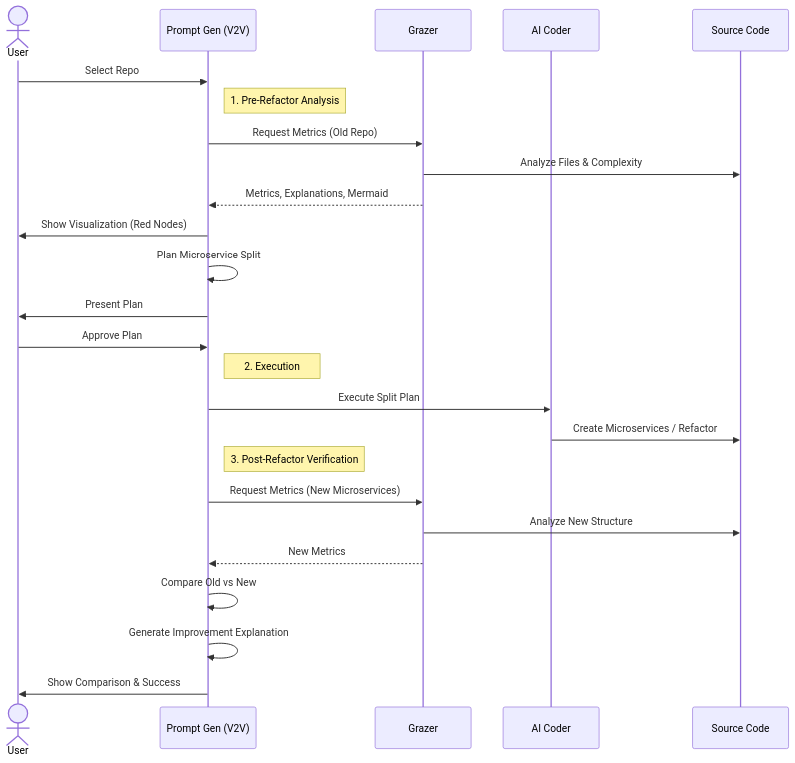
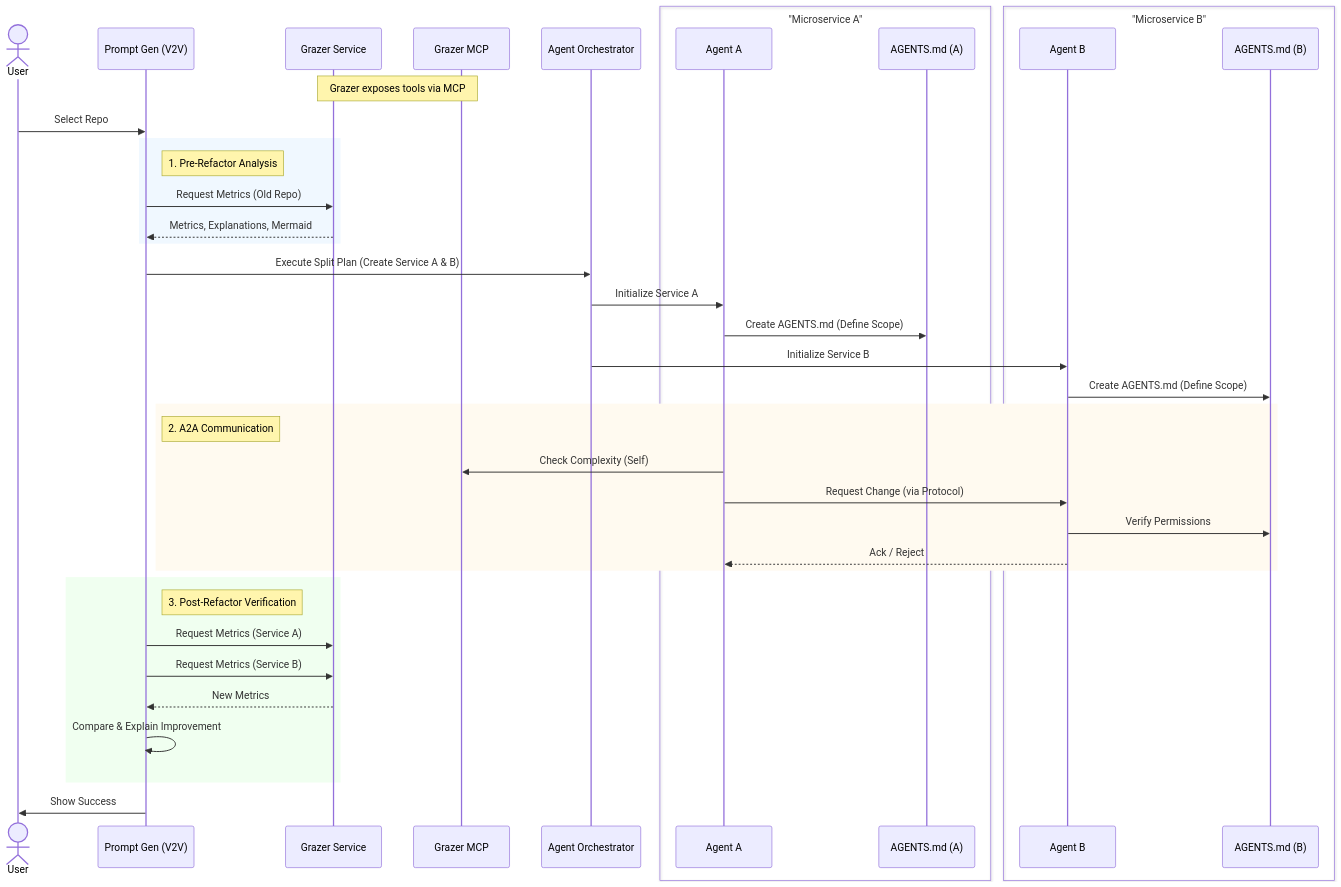
One commit to kirilligum/vibe2vibe-hackathon-251206 changed the diagram in diagrams/workflow.mmd. Above: the diagram before and after it, drawn with Mermaid. The commit also changed 3 other files, not shown here.

Commit message:
docs: Update architecture and workflow diagrams

```diff
--- a/diagrams/workflow.mmd
+++ b/diagrams/workflow.mmd
@@ -1,30 +1,50 @@
 sequenceDiagram
     actor User
     participant PG as Prompt Gen (V2V)
-    participant Grazer
-    participant Agent as AI Coder
-    participant Repo as Source Code
+    participant Grazer as Grazer Service
+    participant GrazerMCP as Grazer MCP
+    participant AgentOrch as Agent Orchestrator
+    
+    box "Microservice A" #eef
+        participant AgentA as Agent A
+        participant ConfigA as AGENTS.md (A)
+    end
+    
+    box "Microservice B" #fee
+        participant AgentB as Agent B
+        participant ConfigB as AGENTS.md (B)
+    end
+
+    note over Grazer, GrazerMCP: Grazer exposes tools via MCP
 
     User->>PG: Select Repo
     
-    note right of PG: 1. Pre-Refactor Analysis
-    PG->>Grazer: Request Metrics (Old Repo)
-    Grazer->>Repo: Analyze Files & Complexity
-    Grazer-->>PG: Metrics, Explanations, Mermaid
-    PG->>User: Show Visualization (Red Nodes)
+    rect rgb(240, 248, 255)
+        note right of PG: 1. Pre-Refactor Analysis
+        PG->>Grazer: Request Metrics (Old Repo)
+        Grazer-->>PG: Metrics, Explanations, Mermaid
+    end
 
-    PG->>PG: Plan Microservice Split
-    PG->>User: Present Plan
-    User->>PG: Approve Plan
+    PG->>AgentOrch: Execute Split Plan (Create Service A & B)
+    AgentOrch->>AgentA: Initialize Service A
+    AgentA->>ConfigA: Create AGENTS.md (Define Scope)
+    AgentOrch->>AgentB: Initialize Service B
+    AgentB->>ConfigB: Create AGENTS.md (Define Scope)
 
-    note right of PG: 2. Execution
-    PG->>Agent: Execute Split Plan
-    Agent->>Repo: Create Microservices / Refactor
+    rect rgb(255, 250, 240)
+        note right of PG: 2. A2A Communication
+        AgentA->>GrazerMCP: Check Complexity (Self)
+        AgentA->>AgentB: Request Change (via Protocol)
+        AgentB->>ConfigB: Verify Permissions
+        AgentB-->>AgentA: Ack / Reject
+    end
 
-    note right of PG: 3. Post-Refactor Verification
-    PG->>Grazer: Request Metrics (New Microservices)
-    Grazer->>Repo: Analyze New Structure
-    Grazer-->>PG: New Metrics
-    PG->>PG: Compare Old vs New
-    PG->>PG: Generate Improvement Explanation
-    PG->>User: Show Comparison & Success
+    rect rgb(240, 255, 240)
+        note right of PG: 3. Post-Refactor Verification
+        PG->>Grazer: Request Metrics (Service A)
+        PG->>Grazer: Request Metrics (Service B)
+        Grazer-->>PG: New Metrics
+        PG->>PG: Compare & Explain Improvement
+    end
+    
+    PG->>User: Show Success
```
